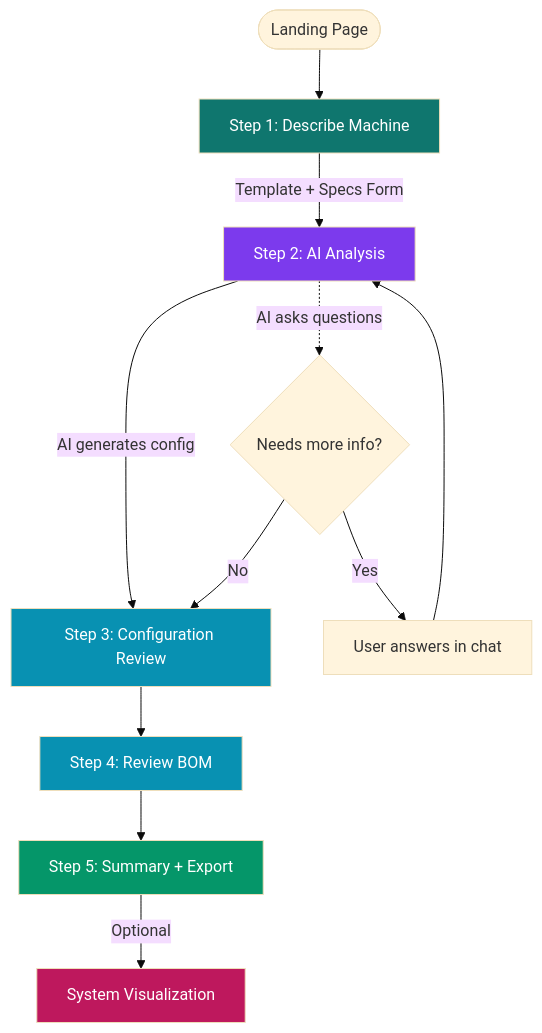
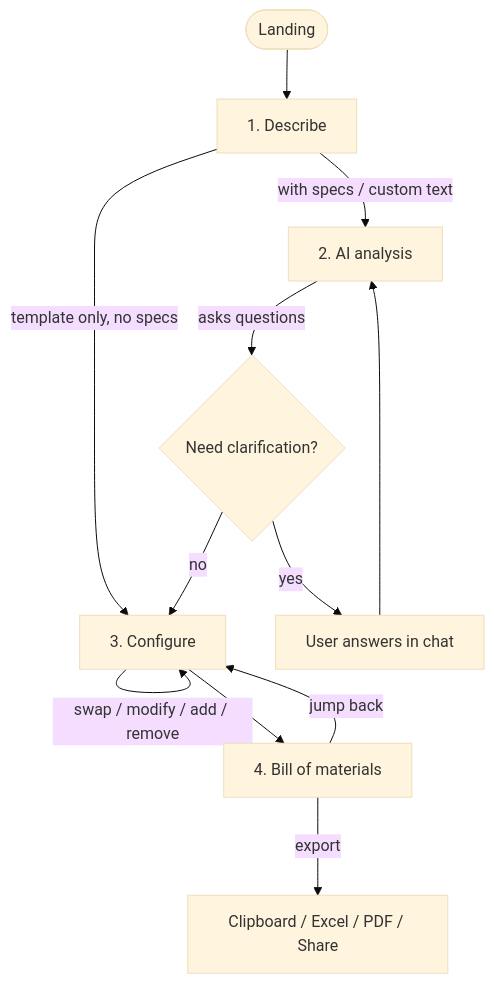
Before and after one commit to Alperzkn/sinumerik_configurator: the second of 7 diagrams in docs/ARCHITECTURE.md, drawn with Mermaid (base theme). The commit also changed other lines of this file and 4 other files, not shown here.

First line of the commit message:
docs: split into USER_GUIDE (non-tech) + ARCHITECTURE (tech), refresh excalidraw

````diff
--- a/docs/ARCHITECTURE.md
+++ b/docs/ARCHITECTURE.md
@@ -22,21 +77,14 @@
 ```mermaid
 flowchart TD
-    Start([Landing Page]) --> S1[Step 1: Describe Machine]
-    S1 -->|Template + Specs Form| S2[Step 2: AI Analysis]
-    S2 -->|AI generates config| S3[Step 3: Configuration Review]
-    S3 --> S4[Step 4: Review BOM]
-    S4 --> S5[Step 5: Summary + Export]
-    S5 -->|Optional| V[System Visualization]
-
-    S2 -.->|AI asks questions| Q{Needs more info?}
-    Q -->|Yes| Answer[User answers in chat]
+    Start([Landing]) --> S1[1. Describe]
+    S1 -->|template only, no specs| S3
+    S1 -->|with specs / custom text| S2
+    S2[2. AI analysis] -->|asks questions| Q{Need clarification?}
+    Q -->|yes| Answer[User answers in chat]
     Answer --> S2
-    Q -->|No| S3
-
-    style S1 fill:#0f766e,color:#fff
-    style S2 fill:#7c3aed,color:#fff
-    style S3 fill:#0891b2,color:#fff
-    style S4 fill:#0891b2,color:#fff
-    style S5 fill:#059669,color:#fff
-    style V fill:#be185d,color:#fff
+    Q -->|no| S3[3. Configure]
+    S3 -->|swap / modify / add / remove| S3
+    S3 --> S4[4. Bill of materials]
+    S4 -->|export| Out[Clipboard / Excel / PDF / Share]
+    S4 -->|jump back| S3
 ```
````
